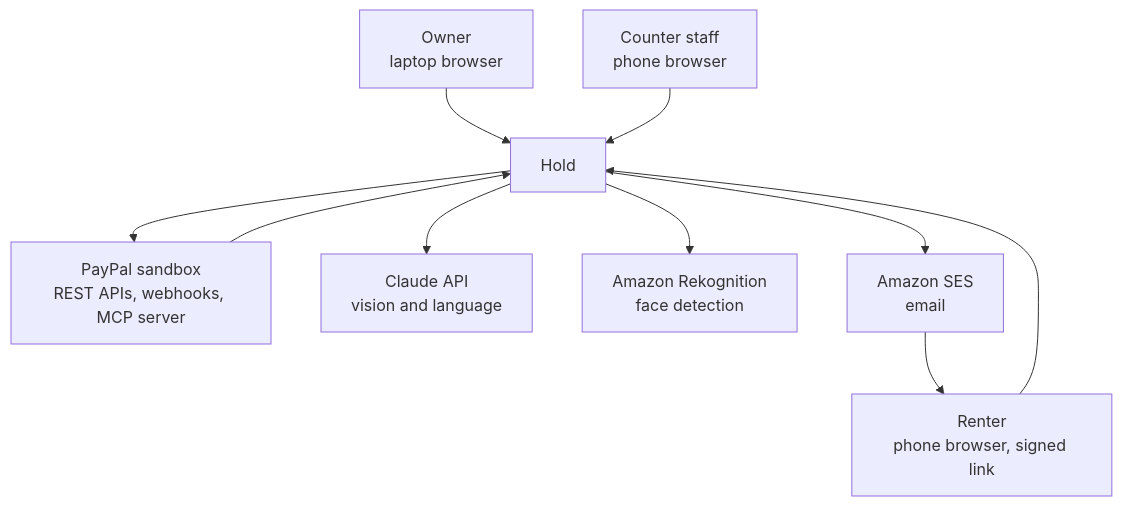
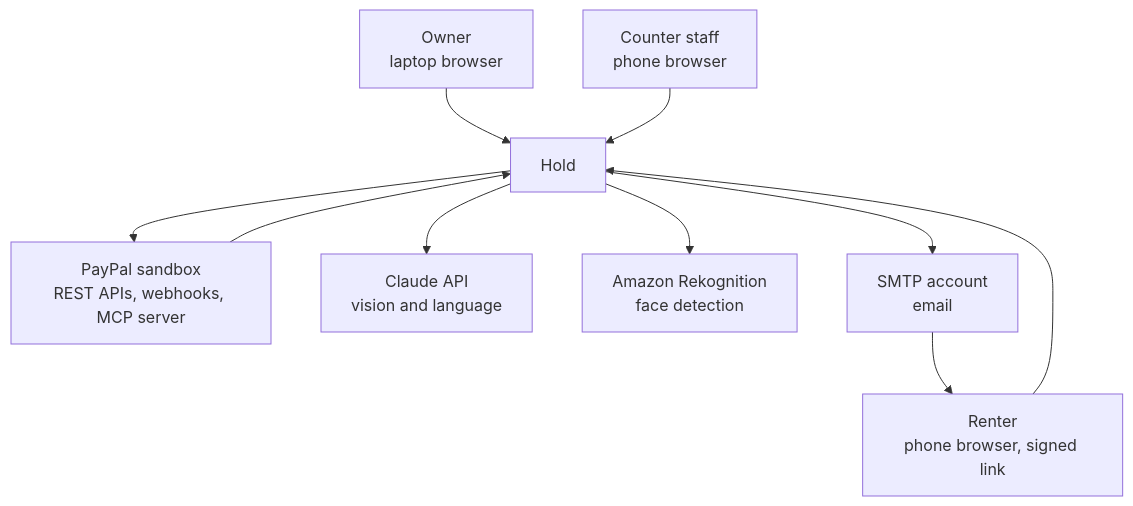
The first of 16 diagrams in docs/architecture.md (rogerjeasy/hold), drawn with Mermaid before and after one commit. The commit also changed other lines of this file and 9 other files, not shown here.

````diff
--- a/docs/architecture.md
+++ b/docs/architecture.md
@@ -73,24 +73,24 @@
 ```mermaid
 flowchart TB
     owner["Owner<br/>laptop browser"]
     staff["Counter staff<br/>phone browser"]
     renter["Renter<br/>phone browser, signed link"]
 
     hold["Hold"]
 
     pp["PayPal sandbox<br/>REST APIs, webhooks, MCP server"]
     claude["Claude API<br/>vision and language"]
     rek["Amazon Rekognition<br/>face detection"]
-    mail["Amazon SES<br/>email"]
+    mail["SMTP account<br/>email"]
 
     owner --> hold
     staff --> hold
     renter --> hold
 
     hold --> pp
     pp --> hold
     hold --> claude
     hold --> rek
     hold --> mail
     mail --> renter
 ```
````
